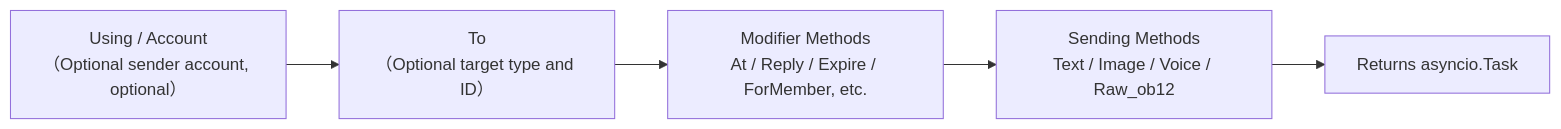
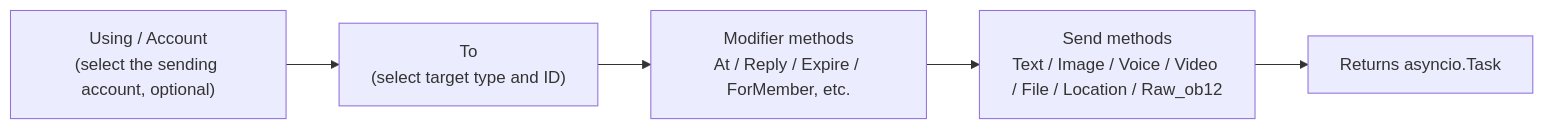
The first of 2 diagrams in docs/en/developer-guide/adapters/send-dsl.md (ErisPulse/ErisPulse), drawn with Mermaid before and after one commit. The commit also changed other lines of this file and 115 other files, not shown here.

````diff
--- a/docs/en/developer-guide/adapters/send-dsl.md
+++ b/docs/en/developer-guide/adapters/send-dsl.md
@@ -36,7 +36,7 @@
 ```mermaid
 flowchart LR
-    A["Using / Account<br/>（Optional sender account, optional）"] --> B["To<br/>（Optional target type and ID）"]
-    B --> C["Modifier Methods<br/>At / Reply / Expire / ForMember, etc."]
-    C --> D["Sending Methods<br/>Text / Image / Voice / Raw_ob12"]
+    A["Using / Account<br/>(select the sending account, optional)"] --> B["To<br/>(select target type and ID)"]
+    B --> C["Modifier methods<br/>At / Reply / Expire / ForMember, etc."]
+    C --> D["Send methods<br/>Text / Image / Voice / Video / File / Location / Raw_ob12"]
     D --> E["Returns asyncio.Task"]
 ```
````
